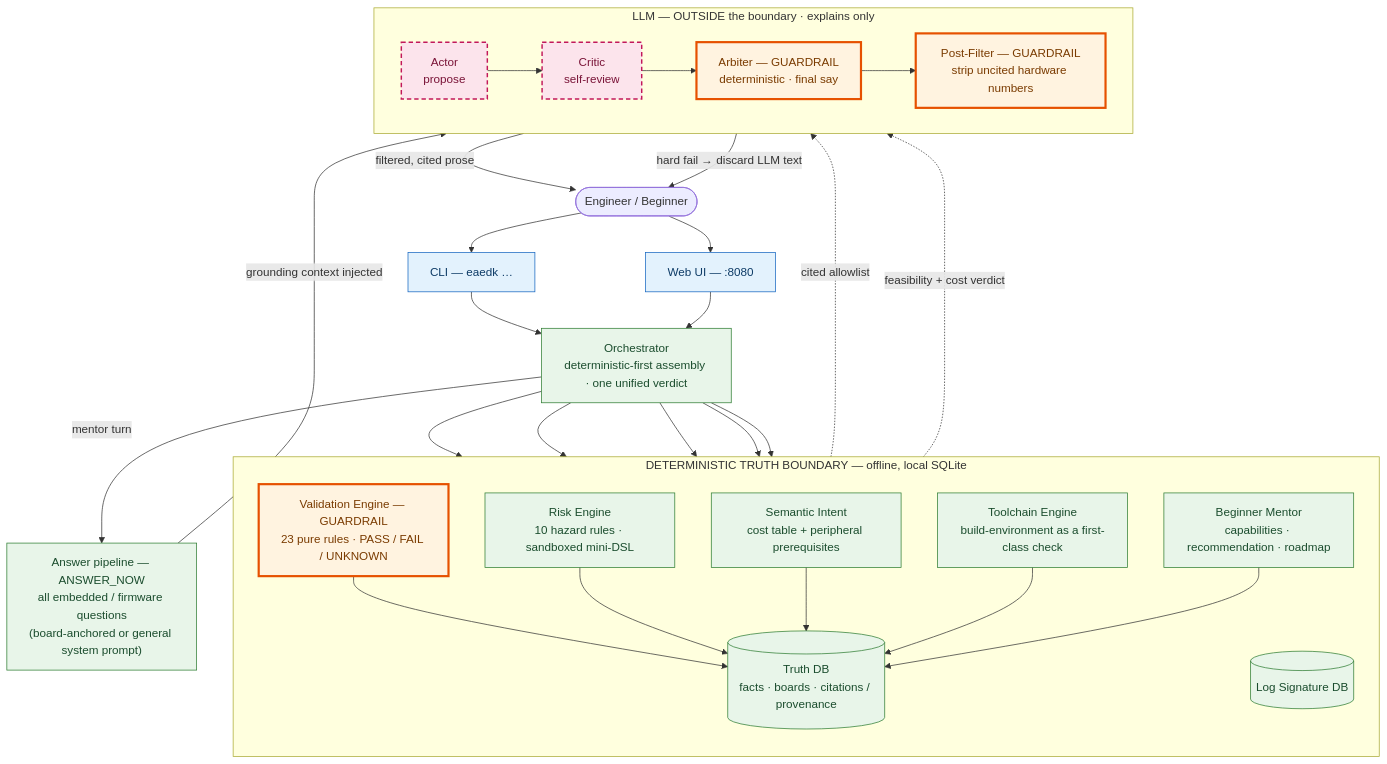
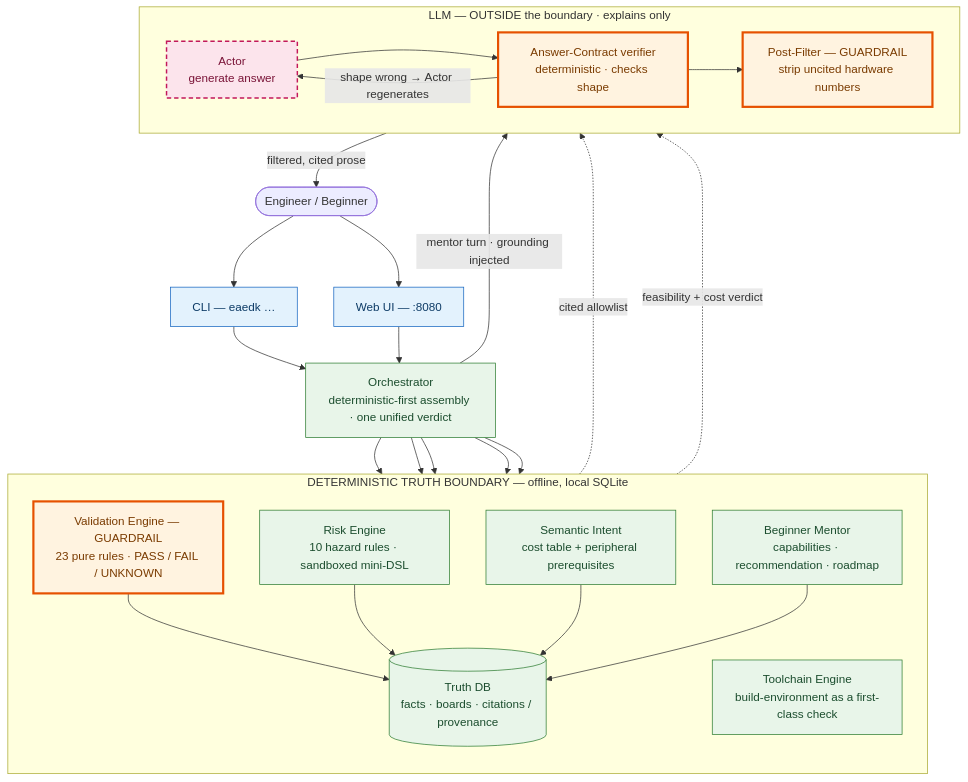
The first of 3 diagrams in README.md (Ashut90/eaedk), drawn with Mermaid before and after one commit. The commit also changed other lines of this file and 1 other file, not shown here.

First line of the commit message:
docs(readme): v4.1.0 — system requirements, single full install command, deepseek default

````diff
--- a/README.md
+++ b/README.md
@@ -165,51 +217,46 @@
 ```mermaid
 flowchart TB
     user([Engineer / Beginner])
     CLI["CLI — eaedk …"]:::door
     WEB["Web UI — :8080"]:::door
     user --> CLI
     user --> WEB
     CLI --> ORCH
     WEB --> ORCH
     ORCH["Orchestrator<br/>deterministic-first assembly · one unified verdict"]:::core
 
     subgraph TRUTH["DETERMINISTIC TRUTH BOUNDARY — offline, local SQLite"]
         direction TB
         VAL["Validation Engine — GUARDRAIL<br/>23 pure rules · PASS / FAIL / UNKNOWN"]:::guard
         RISK["Risk Engine<br/>10 hazard rules · sandboxed mini-DSL"]:::core
         SEM["Semantic Intent<br/>cost table + peripheral prerequisites"]:::core
         TOOL["Toolchain Engine<br/>build-environment as a first-class check"]:::core
-        SIG[("Log Signature DB")]:::db
         MENT["Beginner Mentor<br/>capabilities · recommendation · roadmap"]:::core
         DB[("Truth DB<br/>facts · boards · citations / provenance")]:::db
     end
     ORCH --> VAL
     ORCH --> RISK
     ORCH --> SEM
     ORCH --> TOOL
     ORCH --> MENT
     VAL --> DB
     RISK --> DB
     SEM --> DB
-    TOOL --> DB
     MENT --> DB
-
-    PURP["Answer pipeline — ANSWER_NOW<br/>all embedded / firmware questions<br/>(board-anchored or general system prompt)"]:::core
-    ORCH -->|mentor turn| PURP
 
     subgraph OUT["LLM — OUTSIDE the boundary · explains only"]
         direction LR
-        ACT["Actor<br/>propose"]:::llm --> CRIT["Critic<br/>self-review"]:::llm --> ARB["Arbiter — GUARDRAIL<br/>deterministic · final say"]:::guard --> PF["Post-Filter — GUARDRAIL<br/>strip uncited hardware numbers"]:::guard
+        ACT["Actor<br/>generate answer"]:::llm --> CON["Answer-Contract verifier<br/>deterministic · checks shape"]:::guard --> PF["Post-Filter — GUARDRAIL<br/>strip uncited hardware numbers"]:::guard
     end
-    PURP -->|"grounding context injected"| ACT
+    ORCH -->|"mentor turn · grounding injected"| ACT
     DB -.->|cited allowlist| PF
-    TRUTH -.->|feasibility + cost verdict| ARB
+    TRUTH -.->|feasibility + cost verdict| CON
     PF -->|filtered, cited prose| user
-    ARB -->|hard fail → discard LLM text| user
+    CON -->|shape wrong → Actor regenerates| ACT
 
     classDef door fill:#e3f2fd,stroke:#1565c0,color:#0d3b66;
     classDef core fill:#e8f5e9,stroke:#2e7d32,color:#1b4d2e;
     classDef db fill:#e8f5e9,stroke:#2e7d32,color:#1b4d2e;
     classDef guard fill:#fff3e0,stroke:#e65100,stroke-width:3px,color:#7a3b00;
     classDef llm fill:#fce4ec,stroke:#c2185b,stroke-width:2px,stroke-dasharray:6 4,color:#7a1438;
 ```
````
